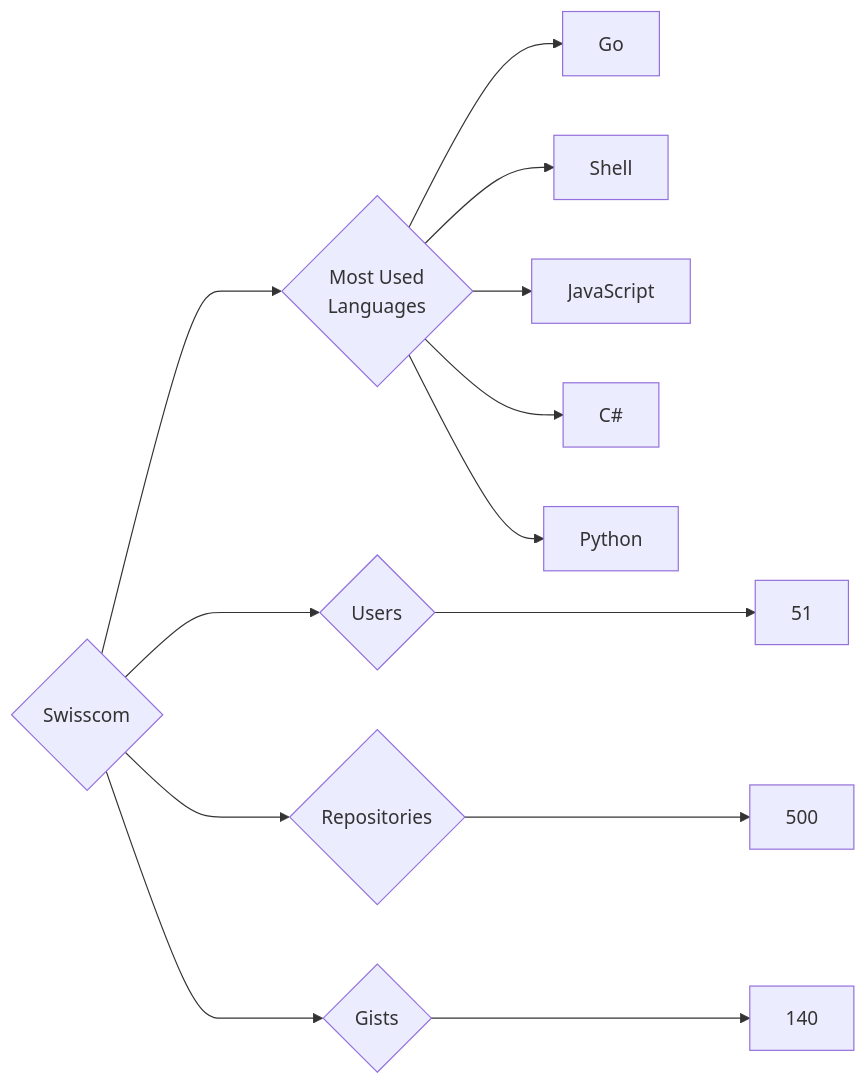
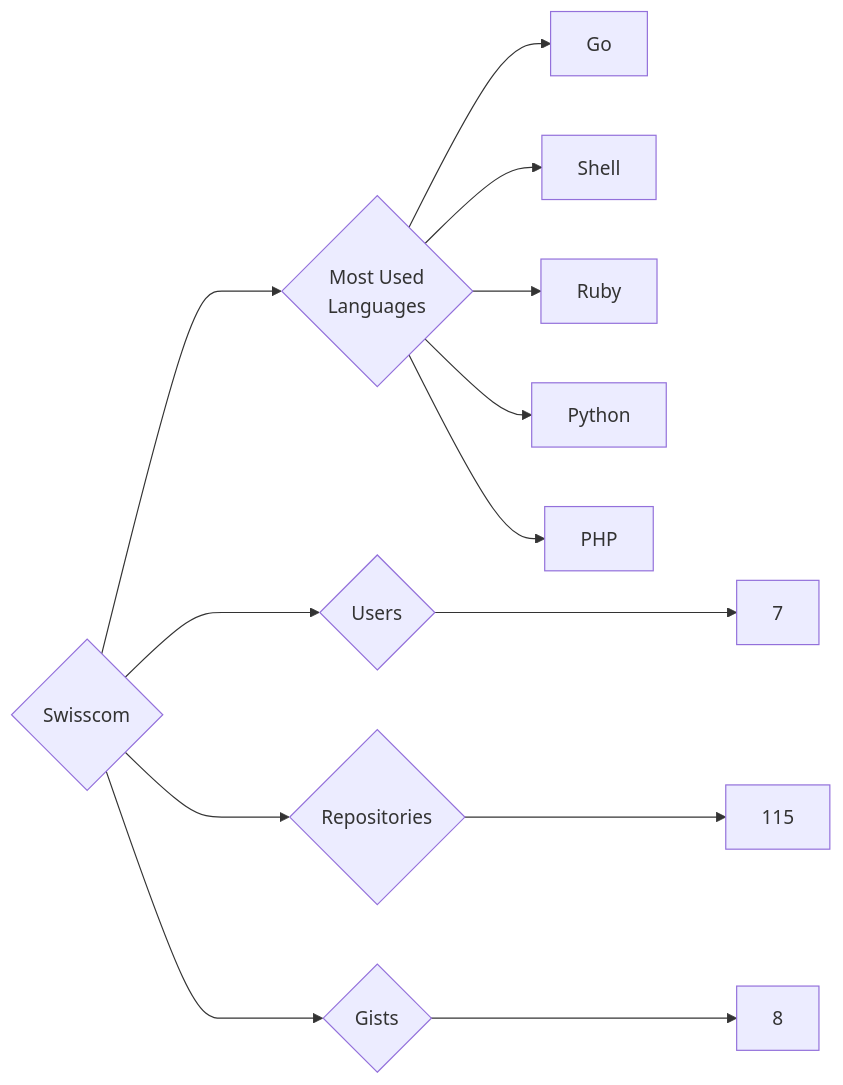
The diagram in targets/Swisscom/README.md (trickest/insiders), drawn with Mermaid before and after one commit. The commit also changed 773 other files, not shown here.

````diff
--- a/targets/Swisscom/README.md
+++ b/targets/Swisscom/README.md
@@ -3,13 +3,13 @@
 ```mermaid
 graph LR
 COMPANY_NAME{Swisscom}
-COMPANY_NAME ---> U{Users} ---> UN[51]
-COMPANY_NAME ---> R{Repositories} ---> RN[500]
-COMPANY_NAME ---> G{Gists} ---> GN[140]
+COMPANY_NAME ---> U{Users} ---> UN[7]
+COMPANY_NAME ---> R{Repositories} ---> RN[115]
+COMPANY_NAME ---> G{Gists} ---> GN[8]
 COMPANY_NAME ---> ML{Most Used<br>Languages}
 ML --> Go[Go]
 ML --> Shell[Shell]
-ML --> JavaScript[JavaScript]
-ML --> C#[C#]
+ML --> Ruby[Ruby]
 ML --> Python[Python]
+ML --> PHP[PHP]
 ```
````
